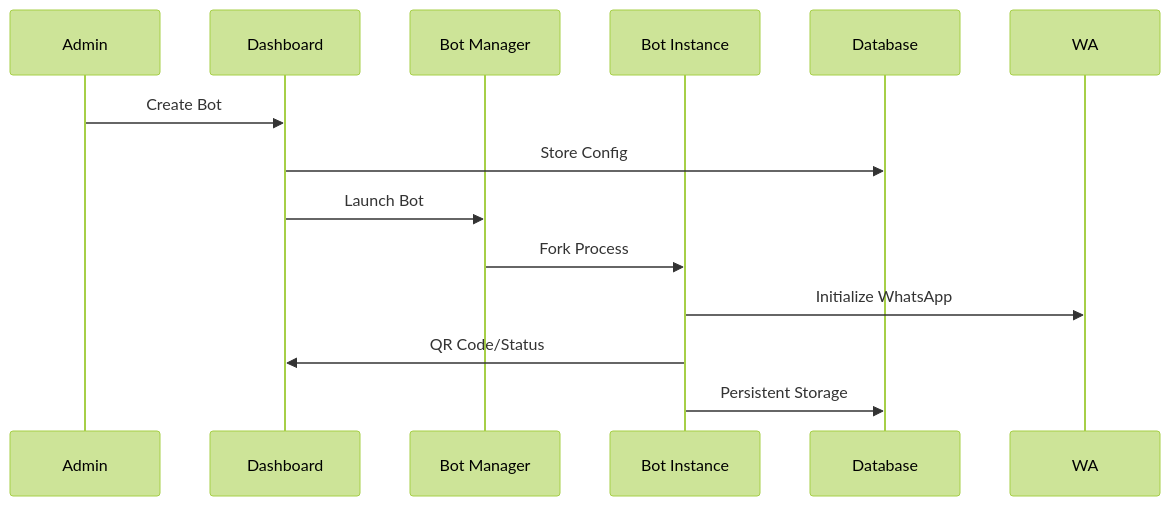
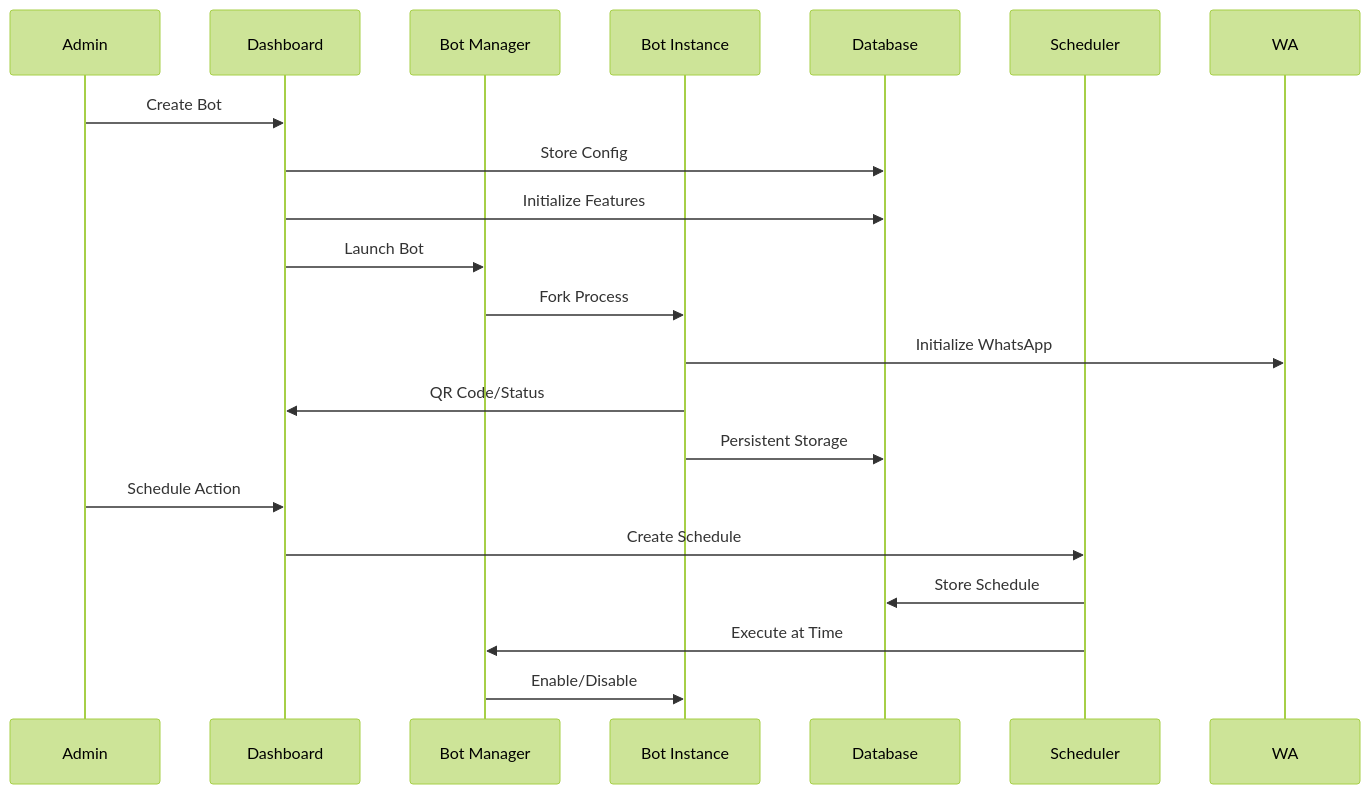
One commit to da4vid864/botinteligente changed the fourth of 6 diagrams in technical_architecture.md. Above: the diagram before and after it, drawn with Mermaid (forest theme). The commit also changed other lines of this file and 6 other files, not shown here.

````diff
--- a/technical_architecture.md
+++ b/technical_architecture.md
@@ -148,16 +226,24 @@
 ```mermaid
 sequenceDiagram
     participant A as Admin
     participant D as Dashboard
     participant BM as Bot Manager
     participant BI as Bot Instance
     participant DB as Database
+    participant SCHED as Scheduler
 
     A->>D: Create Bot
     D->>DB: Store Config
+    D->>DB: Initialize Features
     D->>BM: Launch Bot
     BM->>BI: Fork Process
     BI->>WA: Initialize WhatsApp
     BI->>D: QR Code/Status
     BI->>DB: Persistent Storage
+    
+    A->>D: Schedule Action
+    D->>SCHED: Create Schedule
+    SCHED->>DB: Store Schedule
+    SCHED->>BM: Execute at Time
+    BM->>BI: Enable/Disable
 ```
````
